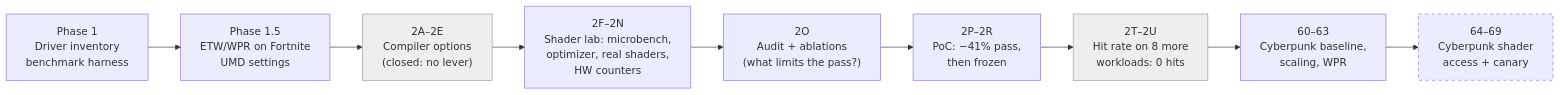
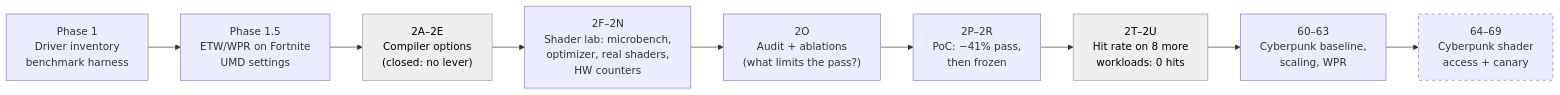
Before and after one commit to PrimeBuild-pc/rdna2-dx12-shader-research: the first of 4 diagrams in README.md, drawn with Mermaid. The commit also changed other lines of this file, not shown here.

Commit message:
README: readable diagram text in dark mode

````diff
--- a/README.md
+++ b/README.md
@@ -28,14 +28,14 @@
 ```mermaid
 flowchart LR
     A["Phase 1<br/>Driver inventory<br/>benchmark harness"] --> B["Phase 1.5<br/>ETW/WPR on Fortnite<br/>UMD settings"]
     B --> C["2A–2E<br/>Compiler options<br/>(closed: no lever)"]
     C --> D["2F–2N<br/>Shader lab: microbench,<br/>optimizer, real shaders,<br/>HW counters"]
     D --> E["2O<br/>Audit + ablations<br/>(what limits the pass?)"]
     E --> F["2P–2R<br/>PoC: −41% pass,<br/>then frozen"]
     F --> G["2T–2U<br/>Hit rate on 8 more<br/>workloads: 0 hits"]
     G --> H["60–63<br/>Cyberpunk baseline,<br/>scaling, WPR"]
     H --> I["64–69<br/>Cyberpunk shader<br/>access + canary"]
-    style C fill:#eee,stroke:#999
-    style G fill:#eee,stroke:#999
+    style C fill:#eee,stroke:#999,color:#000
+    style G fill:#eee,stroke:#999,color:#000
     style I stroke-dasharray: 5 5
 ```
````
